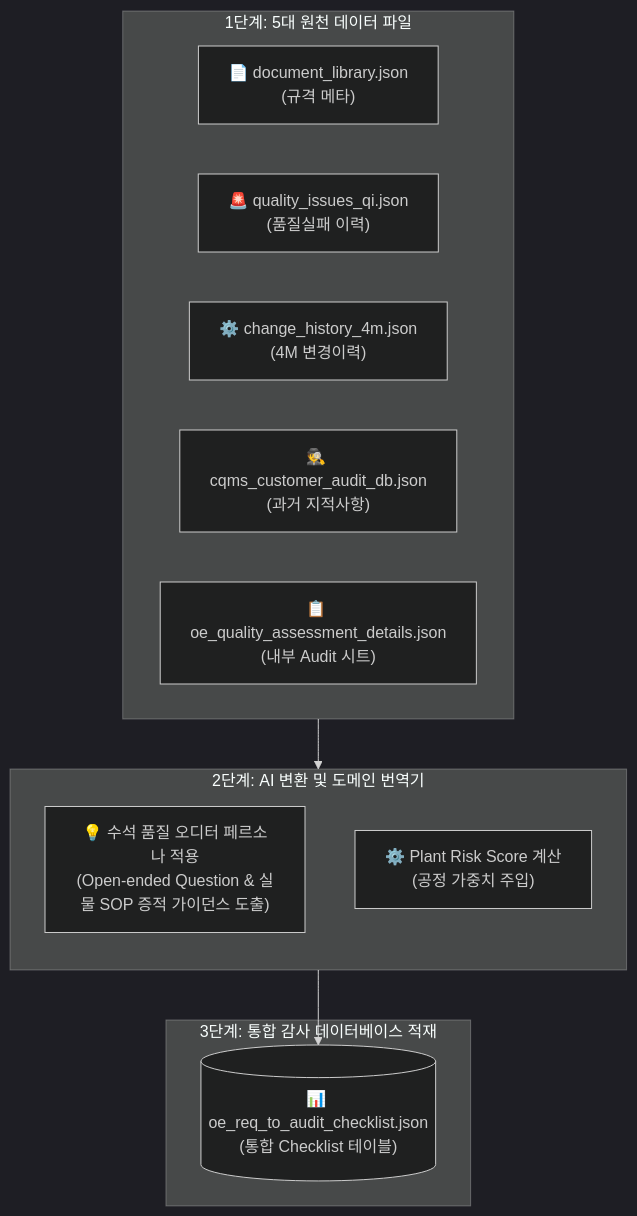
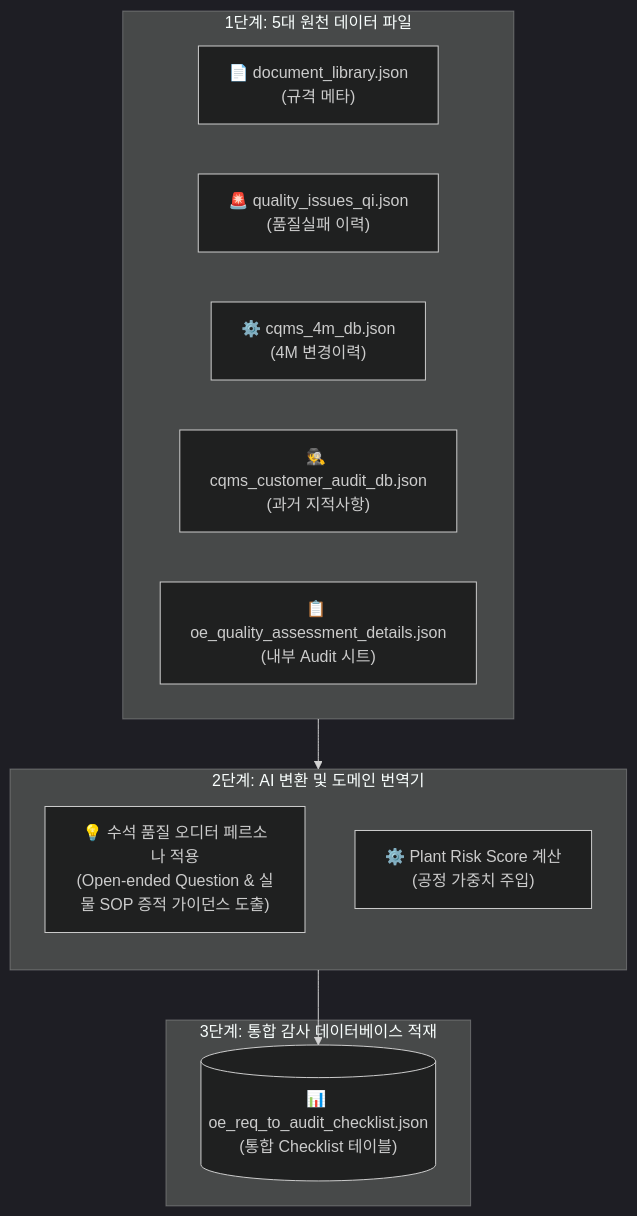
The diagram in context/03_product_database_schema.md (jumasi-34/RiskHunter), drawn with Mermaid (dark theme) before and after one commit. The commit also changed other lines of this file and 7 other files, not shown here.

Commit message:
refactor: rename change_history_4m.json to cqms_4m_db.json and update all related references and documents

````diff
--- a/context/03_product_database_schema.md
+++ b/context/03_product_database_schema.md
@@ -30,25 +30,25 @@
 ```mermaid
 flowchart TD
     subgraph Raw_Resources ["1단계: 5대 원천 데이터 파일"]
         direction LR
         SRC_DOC["📄 document_library.json<br>(규격 메타)"]
         SRC_QI["🚨 quality_issues_qi.json<br>(품질실패 이력)"]
-        SRC_4M["⚙️ change_history_4m.json<br>(4M 변경이력)"]
+        SRC_4M["⚙️ cqms_4m_db.json<br>(4M 변경이력)"]
         SRC_AUD["🕵️ cqms_customer_audit_db.json<br>(과거 지적사항)"]
         SRC_INT["📋 oe_quality_assessment_details.json<br>(내부 Audit 시트)"]
     end
 
     subgraph AI_Parser_Engine ["2단계: AI 변환 및 도메인 번역기"]
         direction TB
         PROMPT["💡 수석 품질 오디터 페르소나 적용<br>(Open-ended Question & 실물 SOP 증적 가이던스 도출)"]
         BOOST["⚙️ Plant Risk Score 계산<br>(공정 가중치 주입)"]
     end
 
     subgraph Consolidated_Virtual_DB ["3단계: 통합 감사 데이터베이스 적재"]
         T_UAC[("📊 oe_req_to_audit_checklist.json<br>(통합 Checklist 테이블)")]
     end
 
     %% 데이터 흐름 연결
     Raw_Resources --> AI_Parser_Engine
     AI_Parser_Engine --> T_UAC
 ```
````
